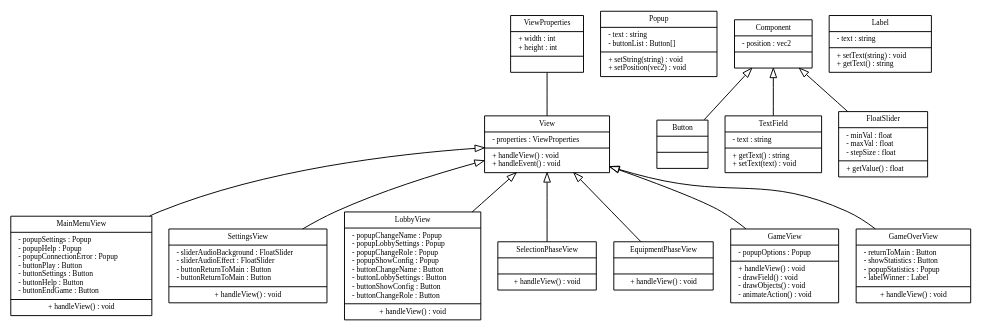
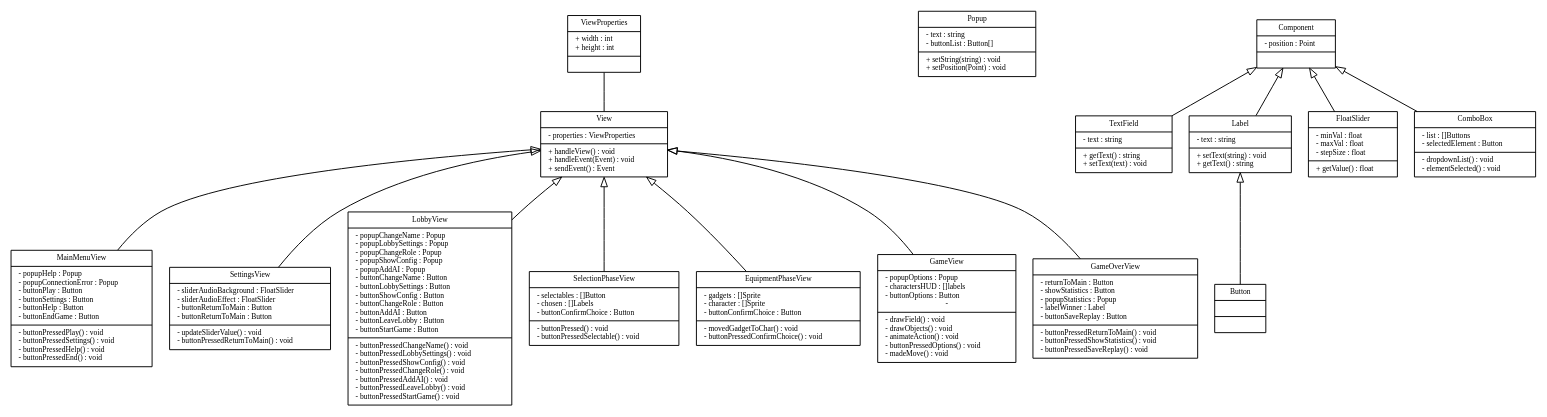
Before and after one commit to SoPra-Team-17/Meilensteine: the diagram in Meilenstein06/view_overview.dot, drawn with Graphviz.

Commit message:
mehr attribute und funktionen hinzugefügt

```diff
--- a/Meilenstein06/view_overview.dot
+++ b/Meilenstein06/view_overview.dot
@@ -25,23 +25,27 @@
     View [
         label = "{View|
             - properties : ViewProperties\l
-            | + handleView() : void\l
-            + handleEvent() : void\l 
+            |
+            + handleView() : void\l
+            + handleEvent(Event) : void\l
+            + sendEvent() : Event\l
             }"
     ]
 
     MainMenuView [
         label = "{MainMenuView|
-            - popupSettings : Popup\l
             - popupHelp : Popup\l
             - popupConnectionError : Popup\l
             - buttonPlay : Button\l
             - buttonSettings : Button\l
             - buttonHelp : Button\l
             - buttonEndGame : Button\l
-            
             |
-            + handleView() : void}"
+            - buttonPressedPlay() : void\l
+            - buttonPressedSettings() : void\l
+            - buttonPressedHelp() : void\l
+            - buttonPressedEnd() : void\l
+            }"
     ]
 
     SettingsView [
@@ -51,7 +55,9 @@
         - buttonReturnToMain : Button\l
         - buttonReturnToMain : Button\l
         |
-        + handleView() : void}"
+        - updateSliderValue() : void\l
+        - buttonPressedReturnToMain() : void\l
+        }"
     ]
 
     LobbyView [
@@ -60,30 +66,59 @@
             - popupLobbySettings : Popup\l
             - popupChangeRole : Popup\l
             - popupShowConfig : Popup\l
+            - popupAddAI : Popup\l
             - buttonChangeName : Button\l
             - buttonLobbySettings : Button\l
             - buttonShowConfig : Button\l
             - buttonChangeRole : Button\l
+            - buttonAddAI : Button\l
+            - buttonLeaveLobby : Button\l
+            - buttonStartGame : Button\l
             |
-            + handleView() : void}"
+            - buttonPressedChangeName() : void\l
+            - buttonPressedLobbySettings() : void\l
+            - buttonPressedShowConfig() : void\l
+            - buttonPressedChangeRole() : void\l
+            - buttonPressedAddAI() : void\l
+            - buttonPressedLeaveLobby() : void\l
+            - buttonPressedStartGame() : void\l
+            }"
     ]
 
     SelectionPhaseView [
-        label = "{SelectionPhaseView||+ handleView() : void}"
+        label = "{SelectionPhaseView|
+            - selectables : []Button\l
+            - chosen : []Labels\l
+            - buttonConfirmChoice : Button\l
+        |
+        - buttonPressed() : void\l
+        - buttonPressedSelectable() : void\l
+        }"
     ]
 
     EquipmentPhaseView [
-        label = "{EquipmentPhaseView||+ handleView() : void}"
+        label = "{EquipmentPhaseView|
+            - gadgets : []Sprite\l
+            - character : []Sprite\l 
+            - buttonConfirmChoice : Button\l
+            |
+            - movedGadgetToChar() : void\l
+            - buttonPressedConfirmChoice() : void\l 
+            }"
     ]
 
     GameView [
         label = "{GameView|
             - popupOptions : Popup\l 
+            - charactersHUD : []labels\l
+            - buttonOptions : Button\l
+            - 
             |
-            + handleView() : void\l
             - drawField() : void\l
             - drawObjects() : void\l
             - animateAction() : void\l
+            - buttonPressedOptions() : void\l
+            - madeMove() : void\l
         }"
     ]
 
@@ -93,7 +128,12 @@
         - showStatistics : Button\l
         - popupStatistics : Popup\l
         - labelWinner : Label\l
-        |+ handleView() : void}"
+        - buttonSaveReplay : Button\l
+        |
+        - buttonPressedReturnToMain() : void\l
+        - buttonPressedShowStatistics() : void\l
+        - buttonPressedSaveReplay() : void\l
+        }"
     ]
 
     Popup [
@@ -102,13 +142,13 @@
             - buttonList : Button[]\l
             |
             + setString(string) : void\l
-            + setPosition(vec2) : void\l
+            + setPosition(Point) : void\l
             }"
     ]
         
     Component [
         label = "{Component|
-            - position : vec2\l
+            - position : Point\l
             |
             
         }"
@@ -146,6 +186,16 @@
     }"
     ]
     
+    ComboBox [
+        label = "{ComboBox|
+        - list : []Buttons\l
+        - selectedElement : Button\l
+        |
+        - dropdownList() : void\l
+        - elementSelected() : void\l
+    }"
+    ]
+
     ViewProperties [
         label = "{ViewProperties|
             + width : int\l
@@ -181,9 +231,11 @@
     View -> EquipmentPhaseView
     View -> SelectionPhaseView
 
-    Component -> Button
     Component -> TextField
     Component -> FloatSlider
+    Component -> Label
+    Label -> Button
+    Component -> ComboBox
     //Normal arrows
     edge [
         arrowhead = "vee"
```
